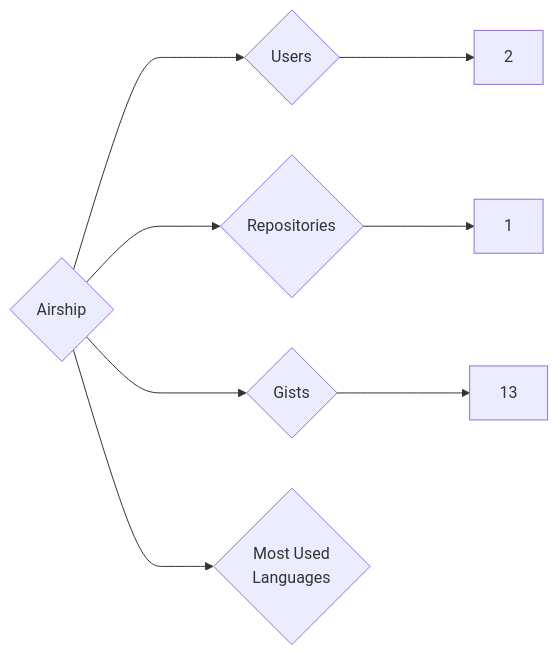
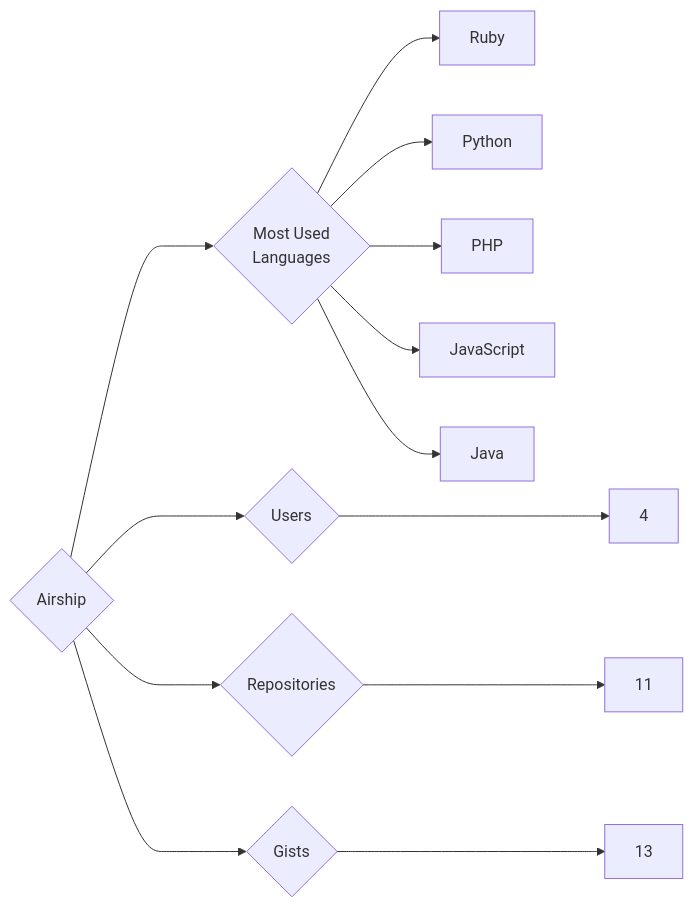
One commit to trickest/insiders changed the diagram in targets/Airship/README.md. Above: the diagram before and after it, drawn with Mermaid. The commit also changed 640 other files, not shown here.

````diff
--- a/targets/Airship/README.md
+++ b/targets/Airship/README.md
@@ -3,8 +3,13 @@
 ```mermaid
 graph LR
 COMPANY_NAME{Airship}
-COMPANY_NAME ---> U{Users} ---> UN[2]
-COMPANY_NAME ---> R{Repositories} ---> RN[1]
+COMPANY_NAME ---> U{Users} ---> UN[4]
+COMPANY_NAME ---> R{Repositories} ---> RN[11]
 COMPANY_NAME ---> G{Gists} ---> GN[13]
 COMPANY_NAME ---> ML{Most Used<br>Languages}
+ML --> Ruby[Ruby]
+ML --> Python[Python]
+ML --> PHP[PHP]
+ML --> JavaScript[JavaScript]
+ML --> Java[Java]
 ```
````
